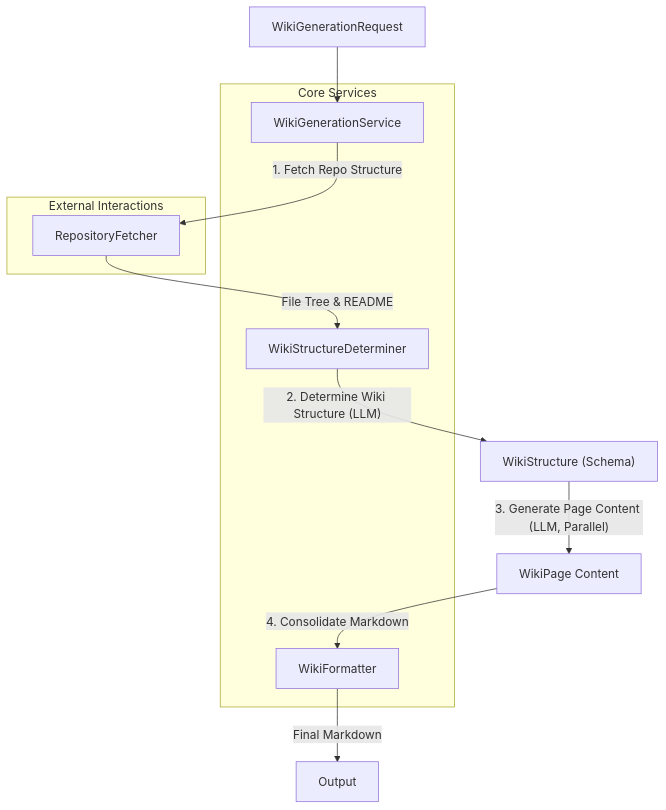
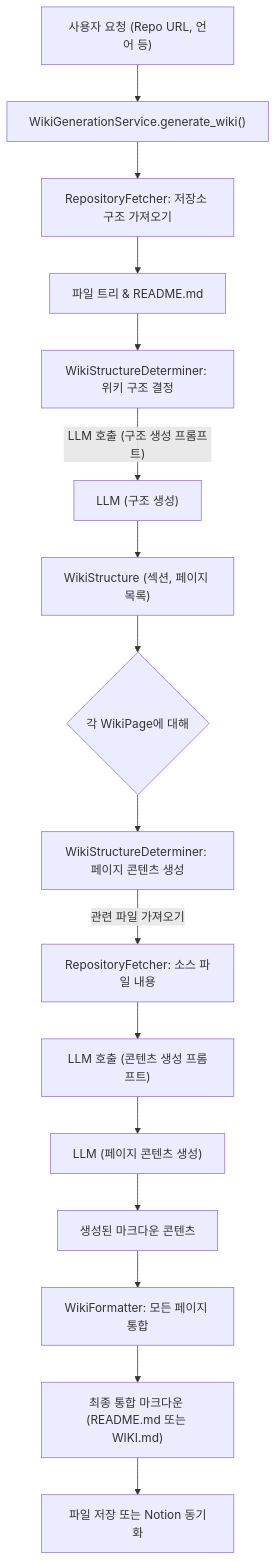
The third of 19 diagrams in examples/wiki_as_README.md (catuscio/wiki-as-readme), drawn with Mermaid before and after one commit. The commit also changed other lines of this file, not shown here.

Commit message:
✨📚 Update examples/wiki_as_README.md via Wiki-As-Readme Action (ko)

````diff
--- a/examples/wiki_as_README.md
+++ b/examples/wiki_as_README.md
@@ -267,20 +367,22 @@
 ```mermaid
 graph TD
-    A["WikiGenerationRequest"] --> B["WikiGenerationService"];
-    B -- "1. Fetch Repo Structure" --> C["RepositoryFetcher"];
-    C -- "File Tree & README" --> D["WikiStructureDeterminer"];
-    D -- "2. Determine Wiki Structure (LLM)" --> E["WikiStructure (Schema)"];
-    E -- "3. Generate Page Content (LLM, Parallel)" --> F["WikiPage Content"];
-    F -- "4. Consolidate Markdown" --> G["WikiFormatter"];
-    G -- "Final Markdown" --> H["Output"];
+    A["사용자 요청 (Repo URL, 언어 등)"] --> B["WikiGenerationService.generate_wiki()"]
 
-    subgraph Core Services
-        B
-        D
-        G
-    end
+    B --> C["RepositoryFetcher: 저장소 구조 가져오기"]
+    C --> D["파일 트리 & README.md"]
 
-    subgraph External Interactions
-        C
-    end
+    D --> E["WikiStructureDeterminer: 위키 구조 결정"]
+    E -- "LLM 호출 (구조 생성 프롬프트)" --> F["LLM (구조 생성)"]
+    F --> G["WikiStructure (섹션, 페이지 목록)"]
+
+    G --> H{"각 WikiPage에 대해"}
+    H --> I["WikiStructureDeterminer: 페이지 콘텐츠 생성"]
+    I -- "관련 파일 가져오기" --> J["RepositoryFetcher: 소스 파일 내용"]
+    J --> K["LLM 호출 (콘텐츠 생성 프롬프트)"]
+    K --> L["LLM (페이지 콘텐츠 생성)"]
+    L --> M["생성된 마크다운 콘텐츠"]
+
+    M --> N["WikiFormatter: 모든 페이지 통합"]
+    N --> O["최종 통합 마크다운 (README.md 또는 WIKI.md)"]
+    O --> P["파일 저장 또는 Notion 동기화"]
 ```
````
